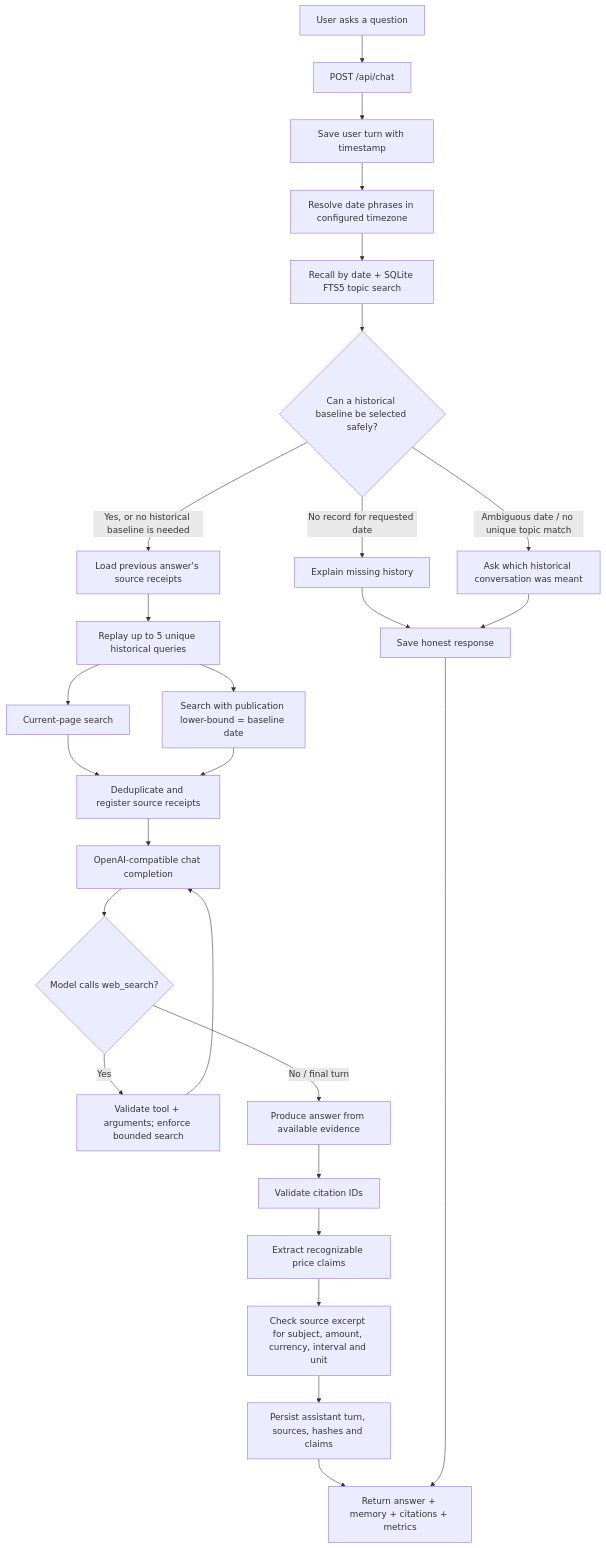
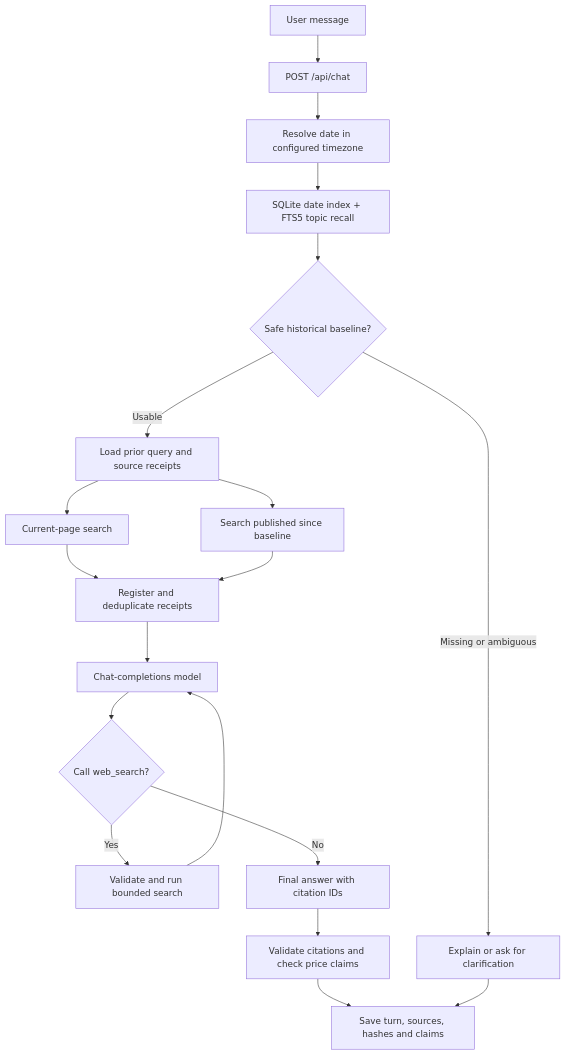
The diagram in README.md (Prakash-codeMaker/daymark-minimi-challenge), drawn with Mermaid before and after one commit. The commit also changed other lines of this file, not shown here.

````diff
--- a/README.md
+++ b/README.md
@@ -60,31 +223,21 @@
-```mermaid
+~~~mermaid
 flowchart TD
-    U["User asks a question"] --> API["POST /api/chat"]
-    API --> SAVE["Save user turn with timestamp"]
-    SAVE --> DATE["Resolve date phrases in configured timezone"]
-    DATE --> MEM["Recall by date + SQLite FTS5 topic search"]
-    MEM --> BASE{"Can a historical baseline be selected safely?"}
-
-    BASE -->|"No record for requested date"| SAFE["Explain missing history"]
-    BASE -->|"Ambiguous date / no unique topic match"| CLARIFY["Ask which historical conversation was meant"]
-    SAFE --> STORE_SAFE["Save honest response"]
-    CLARIFY --> STORE_SAFE
-
-    BASE -->|"Yes, or no historical baseline is needed"| SOURCES["Load previous answer's source receipts"]
-    SOURCES --> REPLAY["Replay up to 5 unique historical queries"]
-    REPLAY --> CURRENT["Current-page search"]
-    REPLAY --> SINCE["Search with publication lower-bound = baseline date"]
-    CURRENT --> REG["Deduplicate and register source receipts"]
+    U[User message] --> API[POST /api/chat]
+    API --> DATE[Resolve date in configured timezone]
+    DATE --> MEM[SQLite date index + FTS5 topic recall]
+    MEM --> BASE{Safe historical baseline?}
+    BASE -->|Missing or ambiguous| SAFE[Explain or ask for clarification]
+    BASE -->|Usable| REPLAY[Load prior query and source receipts]
+    REPLAY --> CUR[Current-page search]
+    REPLAY --> SINCE[Search published since baseline]
+    CUR --> REG[Register and deduplicate receipts]
     SINCE --> REG
-    REG --> MODEL["OpenAI-compatible chat completion"]
-    MODEL --> TOOL{"Model calls web_search?"}
-    TOOL -->|"Yes"| SEARCH["Validate tool + arguments; enforce bounded search"]
+    REG --> MODEL[Chat-completions model]
+    MODEL --> TOOL{Call web_search?}
+    TOOL -->|Yes| SEARCH[Validate and run bounded search]
     SEARCH --> MODEL
-    TOOL -->|"No / final turn"| ANSWER["Produce answer from available evidence"]
-    ANSWER --> CITE["Validate citation IDs"]
-    CITE --> CLAIM["Extract recognizable price claims"]
-    CLAIM --> AUDIT["Check source excerpt for subject, amount, currency, interval and unit"]
-    AUDIT --> DB["Persist assistant turn, sources, hashes and claims"]
-    DB --> RETURN["Return answer + memory + citations + metrics"]
-    STORE_SAFE --> RETURN
-```
+    TOOL -->|No| ANSWER[Final answer with citation IDs]
+    ANSWER --> AUDIT[Validate citations and check price claims]
+    AUDIT --> DB[Save turn, sources, hashes and claims]
+    SAFE --> DB
+~~~
````
